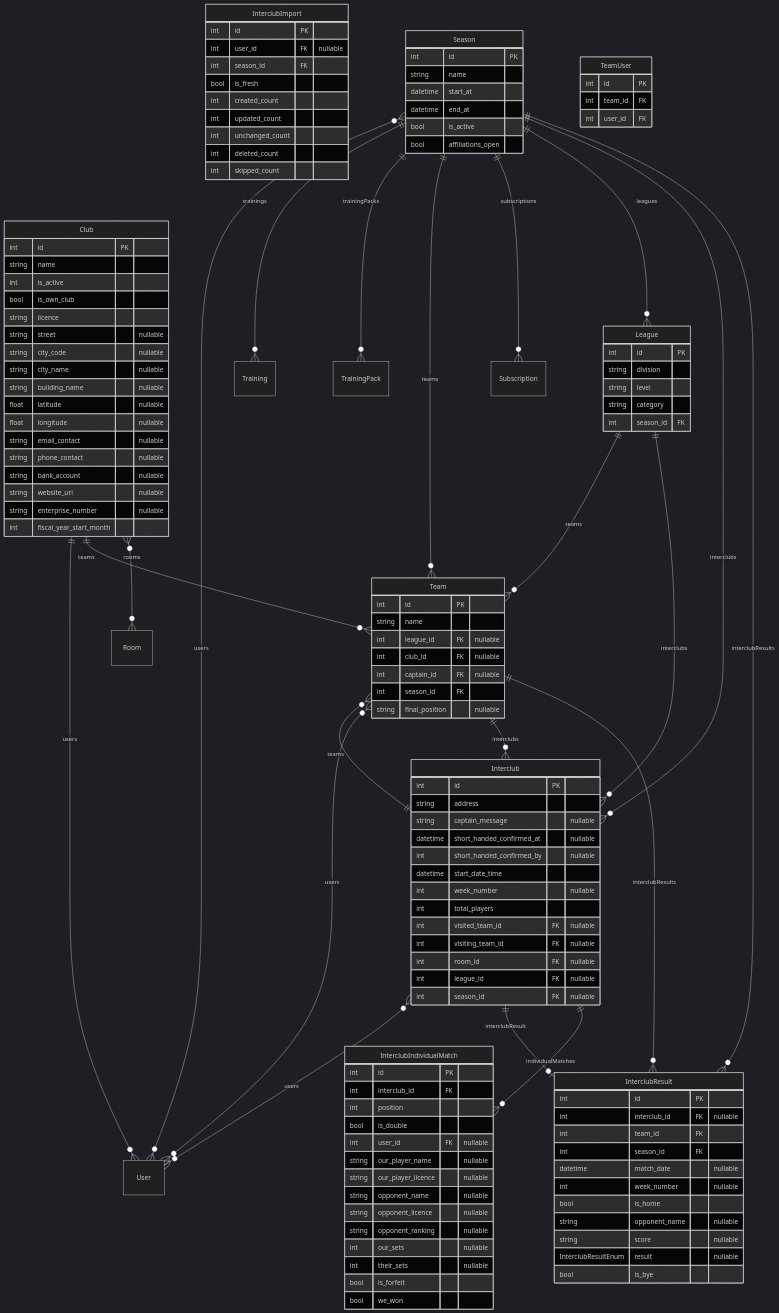
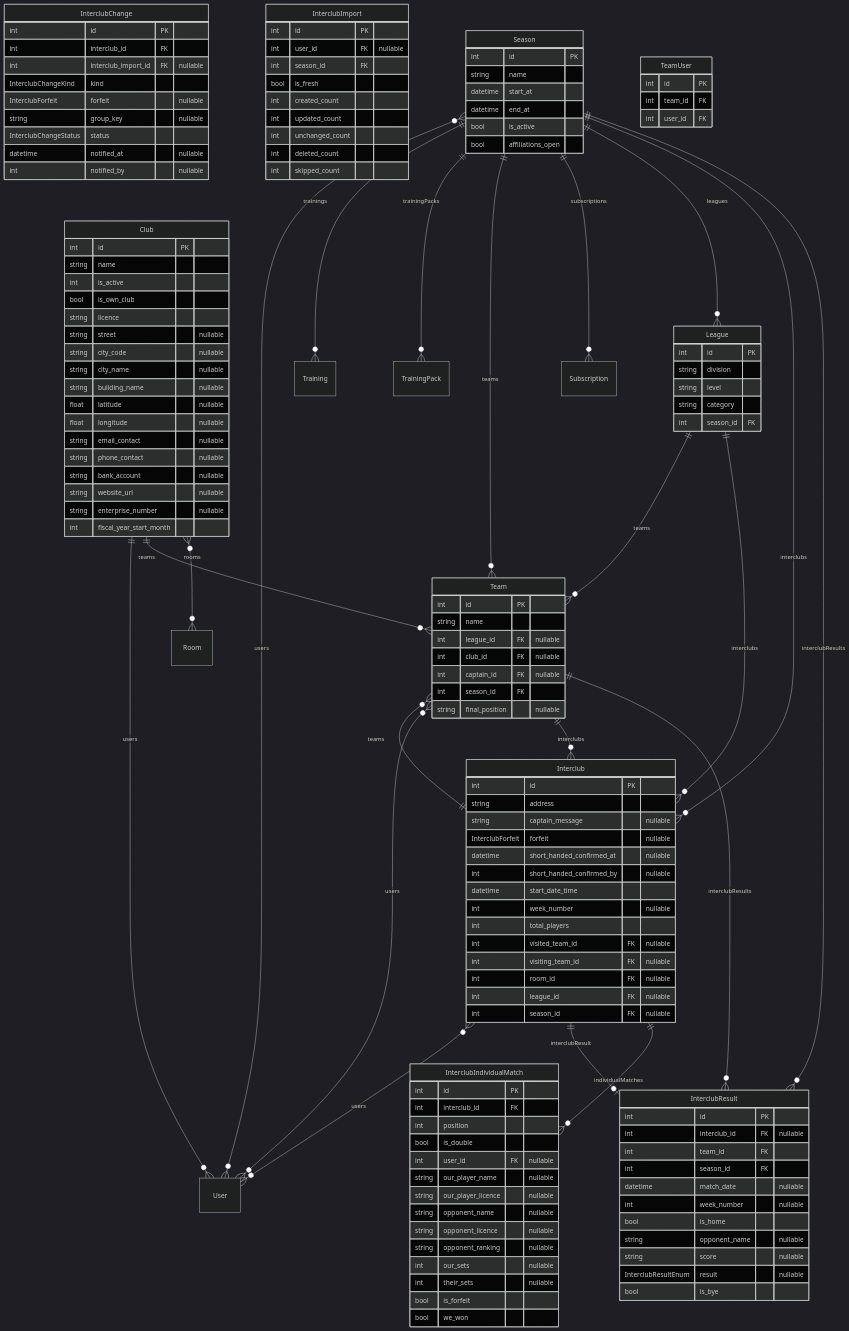
One commit to Paupoo/tabletennisclub-app changed the diagram in docs/erd/competitions-interclub.md. Above: the diagram before and after it, drawn with Mermaid (dark theme). The commit also changed 8 other files, not shown here.

```diff
--- a/docs/erd/competitions-interclub.md
+++ b/docs/erd/competitions-interclub.md
@@ -25,6 +25,7 @@
         int id PK
         string address
         string captain_message "nullable"
+        InterclubForfeit forfeit "nullable"
         datetime short_handed_confirmed_at "nullable"
         int short_handed_confirmed_by "nullable"
         datetime start_date_time
@@ -35,6 +36,17 @@
         int room_id FK "nullable"
         int league_id FK "nullable"
         int season_id FK "nullable"
+    }
+    InterclubChange {
+        int id PK
+        int interclub_id FK
+        int interclub_import_id FK "nullable"
+        InterclubChangeKind kind
+        InterclubForfeit forfeit "nullable"
+        string group_key "nullable"
+        InterclubChangeStatus status
+        datetime notified_at "nullable"
+        int notified_by "nullable"
     }
     InterclubImport {
         int id PK
```
